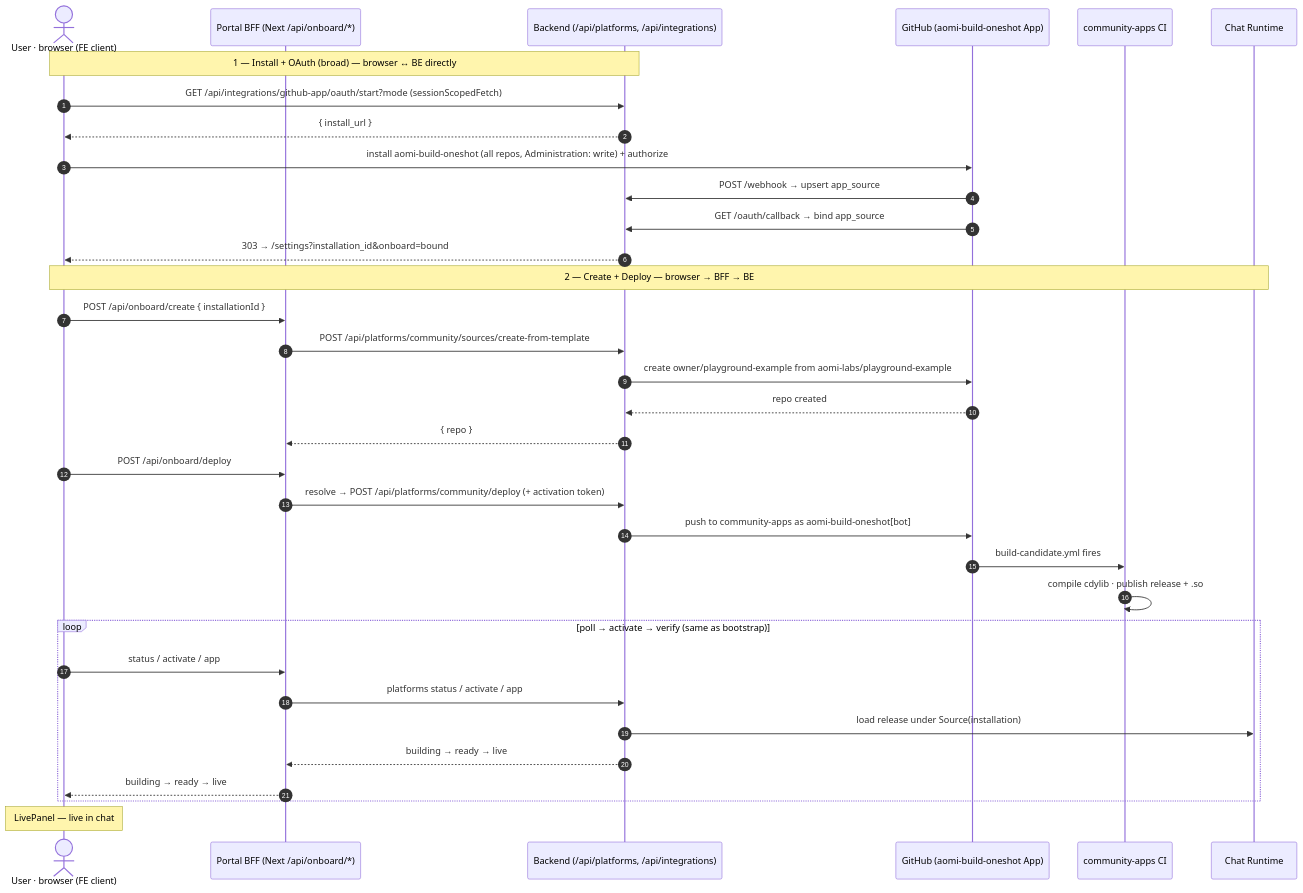
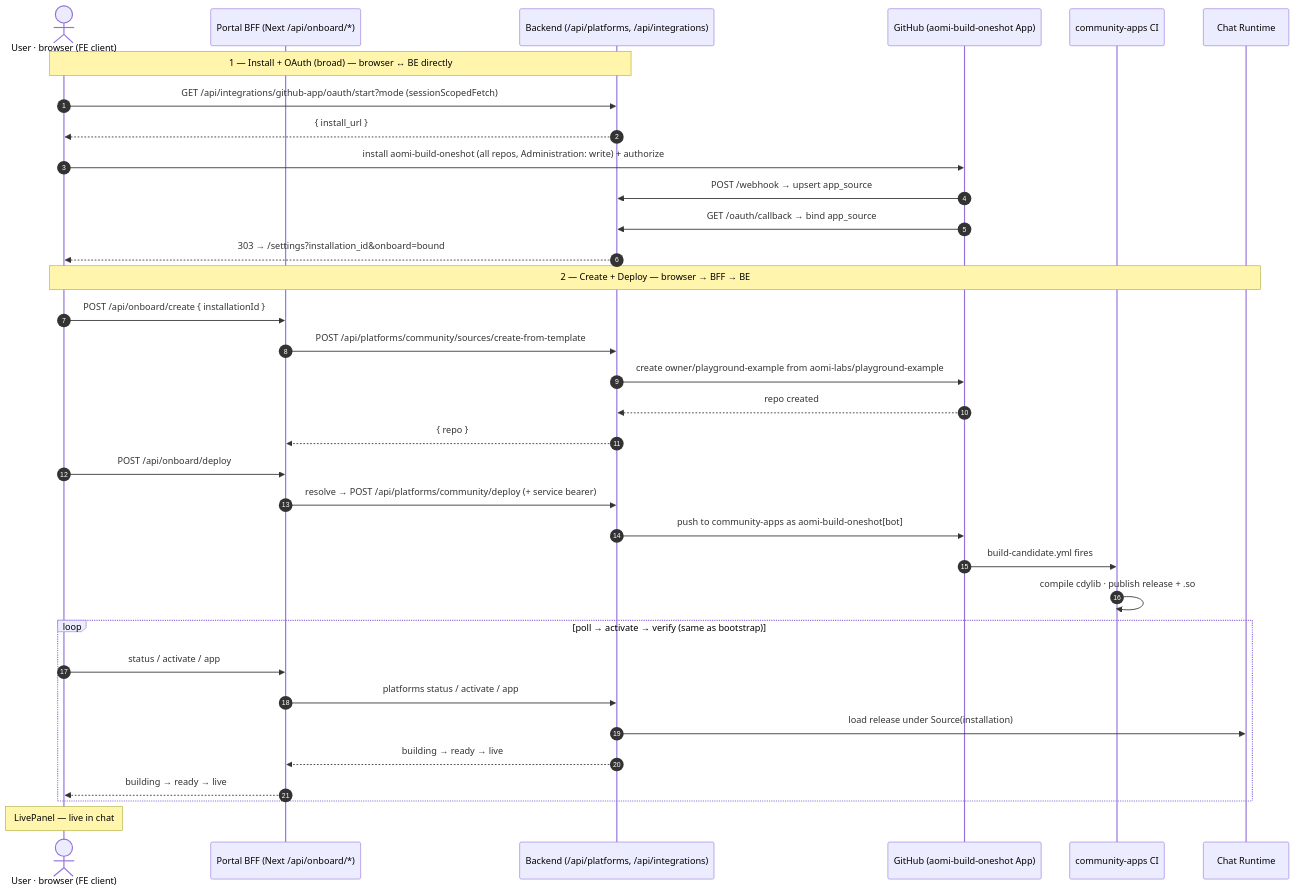
Before and after one commit to aomi-labs/aomi-widget: the third of 3 diagrams in docs/fe-deploy.md, drawn with Mermaid. The commit also changed other lines of this file and 20 other files, not shown here.

````diff
--- a/docs/fe-deploy.md
+++ b/docs/fe-deploy.md
@@ -154,38 +154,38 @@
 ```mermaid
 sequenceDiagram
     autonumber
     actor U as User · browser (FE client)
     participant BFF as Portal BFF (Next /api/onboard/*)
     participant BE as Backend (/api/platforms, /api/integrations)
     participant GH as GitHub (aomi-build-oneshot App)
     participant CA as community-apps CI
     participant RT as Chat Runtime
 
     Note over U,BE: 1 — Install + OAuth (broad) — browser ↔ BE directly
     U->>BE: GET /api/integrations/github-app/oauth/start?mode (sessionScopedFetch)
     BE-->>U: { install_url }
     U->>GH: install aomi-build-oneshot (all repos, Administration: write) + authorize
     GH->>BE: POST /webhook → upsert app_source
     GH->>BE: GET /oauth/callback → bind app_source
     BE-->>U: 303 → /settings?installation_id&onboard=bound
 
     Note over U,RT: 2 — Create + Deploy — browser → BFF → BE
     U->>BFF: POST /api/onboard/create { installationId }
     BFF->>BE: POST /api/platforms/community/sources/create-from-template
     BE->>GH: create owner/playground-example from aomi-labs/playground-example
     GH-->>BE: repo created
     BE-->>BFF: { repo }
     U->>BFF: POST /api/onboard/deploy
-    BFF->>BE: resolve → POST /api/platforms/community/deploy (+ activation token)
+    BFF->>BE: resolve → POST /api/platforms/community/deploy (+ service bearer)
     BE->>GH: push to community-apps as aomi-build-oneshot[bot]
     GH->>CA: build-candidate.yml fires
     CA->>CA: compile cdylib · publish release + .so
     loop poll → activate → verify (same as bootstrap)
         U->>BFF: status / activate / app
         BFF->>BE: platforms status / activate / app
         BE->>RT: load release under Source(installation)
         BE-->>BFF: building → ready → live
         BFF-->>U: building → ready → live
     end
     Note over U: LivePanel — live in chat
 ```
````
